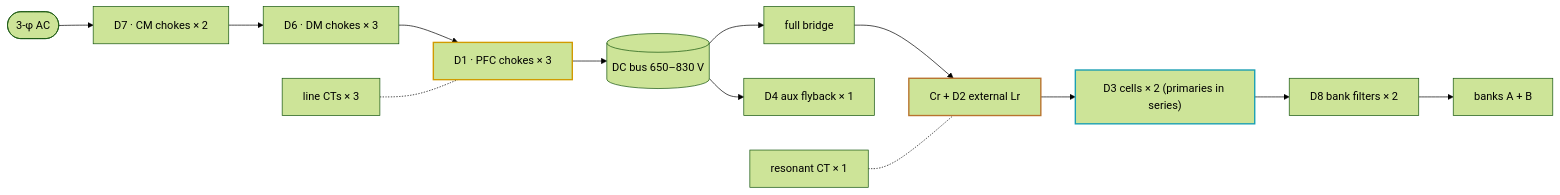
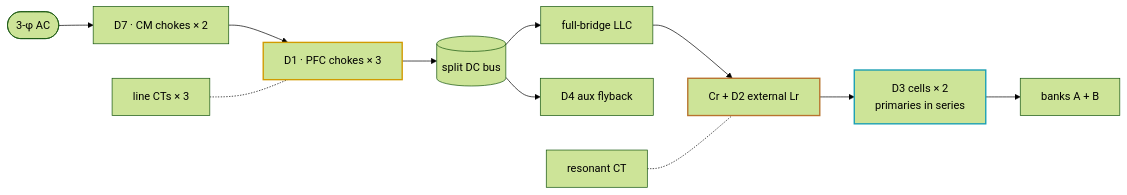
One commit to vectivolt/DC-Modules changed the first of 3 diagrams in docs/magnetics.md. Above: the diagram before and after it, drawn with Mermaid (forest theme). The commit also changed other lines of this file and 222 other files, not shown here.

````diff
--- a/docs/magnetics.md
+++ b/docs/magnetics.md
@@ -68,12 +33,12 @@
 ```mermaid
 flowchart LR
-  AC(["3-φ AC"]) --> D7["D7 · CM chokes × 2"] --> D6["D6 · DM chokes × 3"] --> D1["D1 · PFC chokes × 3"]
-  D1 --> BUS[("DC bus 650–830 V")]
-  BUS --> FB["full bridge"] --> TANK["Cr + D2 external Lr"] --> D3["D3 cells × 2 (primaries in series)"] --> D8["D8 bank filters × 2"] --> BANKS["banks A + B"]
-  BUS --> D4["D4 aux flyback × 1"]
+  AC(["3-φ AC"]) --> D7["D7 · CM chokes × 2"] --> D1["D1 · PFC chokes × 3"]
+  D1 --> BUS[("split DC bus")]
+  BUS --> FB["full-bridge LLC"] --> TANK["Cr + D2 external Lr"] --> D3["D3 cells × 2<br/>primaries in series"] --> BK["banks A + B"]
+  BUS --> D4["D4 aux flyback"]
   LCT["line CTs × 3"] -.- D1
-  RCT["resonant CT × 1"] -.- TANK
+  RCT["resonant CT"] -.- TANK
   style D1 stroke:#d19a00,stroke-width:2px
   style D3 stroke:#1a9fb3,stroke-width:2px
   style TANK stroke:#b8732e,stroke-width:2px
 ```
````
